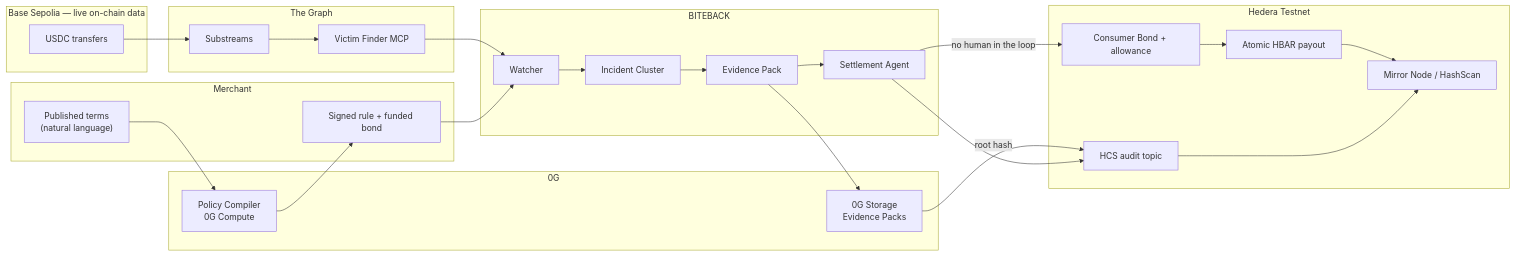
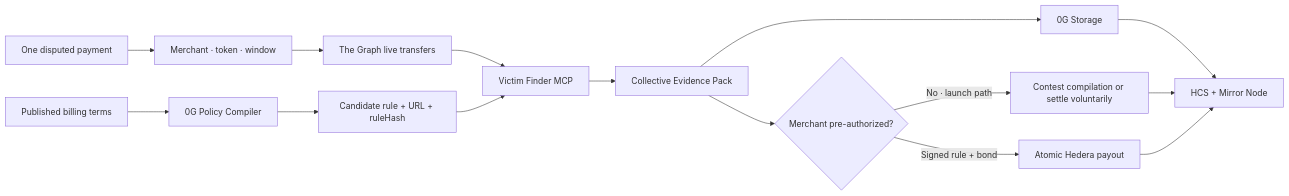
Before and after one commit to jstmepedr0/ETH-Global-2026: the first of 2 diagrams in BLUEPRINT.md, drawn with Mermaid. The commit also changed other lines of this file and 13 other files, not shown here.

````diff
--- a/BLUEPRINT.md
+++ b/BLUEPRINT.md
@@ -263,45 +313,17 @@
 ```mermaid
 flowchart LR
-    subgraph Merchant["Merchant"]
-        TERMS["Published terms<br/>(natural language)"]
-        SIG["Signed rule + funded bond"]
-    end
-
-    subgraph ZeroG["0G"]
-        PC["Policy Compiler<br/>0G Compute"]
-        ST["0G Storage<br/>Evidence Packs"]
-    end
-
-    subgraph Source["Base Sepolia — live on-chain data"]
-        T["USDC transfers"]
-    end
-
-    subgraph Graph["The Graph"]
-        SG["Substreams"]
-        MCP["Victim Finder MCP"]
-    end
-
-    subgraph Biteback["BITEBACK"]
-        W["Watcher"]
-        I["Incident Cluster"]
-        E["Evidence Pack"]
-        S["Settlement Agent"]
-    end
-
-    subgraph Hedera["Hedera Testnet"]
-        B["Consumer Bond + allowance"]
-        P["Atomic HBAR payout"]
-        H["HCS audit topic"]
-        MN["Mirror Node / HashScan"]
-    end
-
-    TERMS --> PC --> SIG
-    T --> SG --> MCP --> W --> I --> E --> S
-    SIG --> W
-    E --> ST
-    ST -->|"root hash"| H
-    S -->|"no human in the loop"| B --> P
-    S --> H
-    P --> MN
-    H --> MN
+    TX["One disputed payment"] --> SCOPE["Merchant · token · window"]
+    TERMS["Published billing terms"] --> PC["0G Policy Compiler"]
+    SCOPE --> GRAPH["The Graph live transfers"]
+    PC --> RULE["Candidate rule + URL + ruleHash"]
+    GRAPH --> FIND["Victim Finder MCP"]
+    RULE --> FIND
+    FIND --> E["Collective Evidence Pack"]
+    E --> ST["0G Storage"]
+    ST --> H["HCS + Mirror Node"]
+    E --> Q{"Merchant pre-authorized?"}
+    Q -->|"No · launch path"| D["Contest compilation or settle voluntarily"]
+    Q -->|"Signed rule + bond"| P["Atomic Hedera payout"]
+    D --> H
+    P --> H
 ```
````
